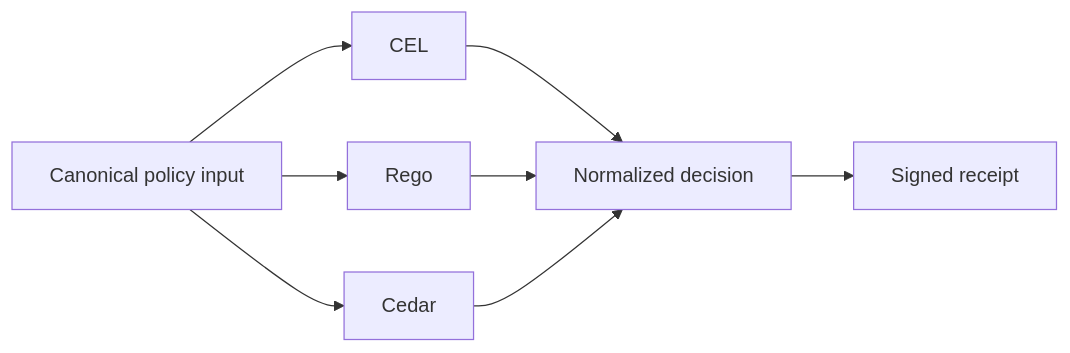
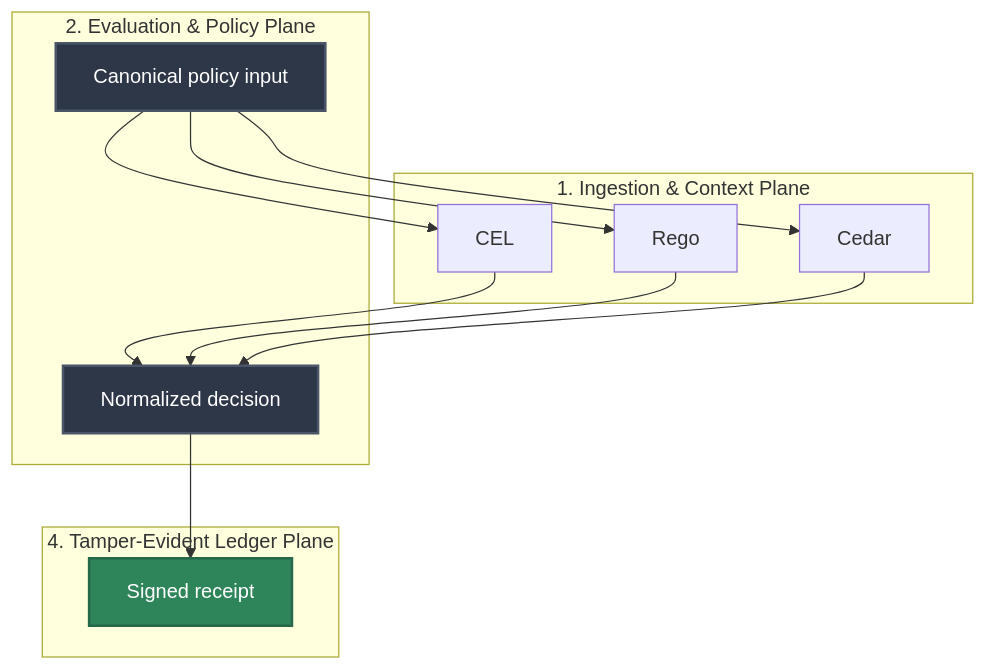
The diagram in docs/architecture/policy-languages.md (Mindburn-Labs/helm-ai-kernel), drawn with Mermaid before and after one commit. The commit also changed other lines of this file and 330 other files, not shown here.

````diff
--- a/docs/architecture/policy-languages.md
+++ b/docs/architecture/policy-languages.md
@@ -159,10 +159,31 @@
 ```mermaid
-flowchart LR
-  input["Canonical policy input"] --> cel["CEL"]
-  input --> rego["Rego"]
-  input --> cedar["Cedar"]
-  cel --> decision["Normalized decision"]
-  rego --> decision
-  cedar --> decision
-  decision --> receipt["Signed receipt"]
+flowchart TD
+    subgraph Ingestion["1. Ingestion & Context Plane"]
+        cel["CEL"]
+        rego["Rego"]
+        cedar["Cedar"]
+    end
+
+    subgraph Evaluation["2. Evaluation & Policy Plane"]
+        input["Canonical policy input"]
+        decision["Normalized decision"]
+    end
+
+    subgraph Ledger["4. Tamper-Evident Ledger Plane"]
+        receipt["Signed receipt"]
+    end
+
+    %% Operational Flow Edges
+    input --> cel
+    input --> rego
+    input --> cedar
+    cel --> decision
+    rego --> decision
+    cedar --> decision
+    decision --> receipt
+
+    %% Premium Styling Rules
+    style input fill:#2d3748,stroke:#4a5568,stroke-width:2px,color:#fff
+    style decision fill:#2d3748,stroke:#4a5568,stroke-width:2px,color:#fff
+    style receipt fill:#2f855a,stroke:#276749,stroke-width:2px,color:#fff
 ```
````
